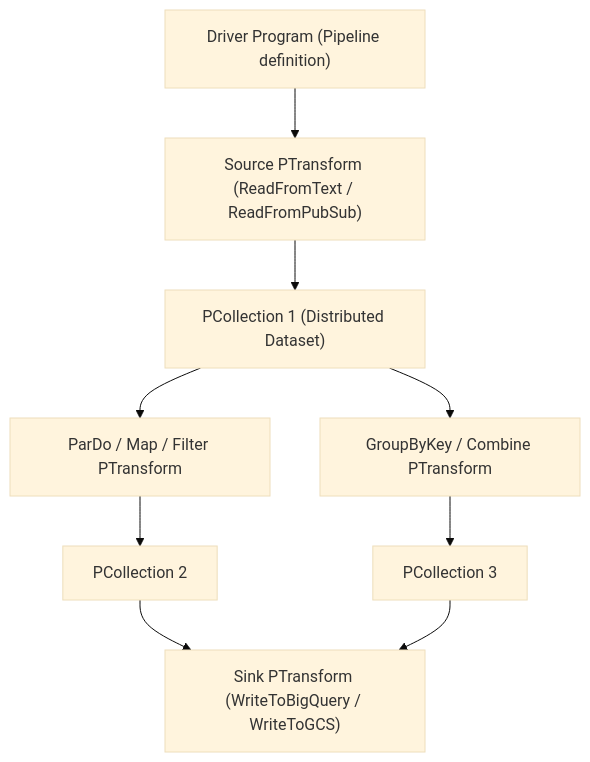
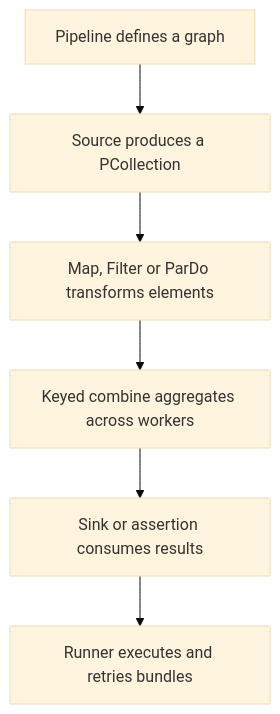
One commit to Rohit1024/data-engineer changed the diagram in docs/lessons/0014-apache-beam-fundamentals.md. Above: the diagram before and after it, drawn with Mermaid (base theme). The commit also changed other lines of this file and 60 other files, not shown here.

````diff
--- a/docs/lessons/0014-apache-beam-fundamentals.md
+++ b/docs/lessons/0014-apache-beam-fundamentals.md
@@ -13,11 +11,8 @@
-``` mermaid
+```mermaid
 flowchart TD
-    Driver["Driver Program (Pipeline definition)"] --> ReadSource["Source PTransform (ReadFromText / ReadFromPubSub)"]
-    ReadSource --> PCol1["PCollection 1 (Distributed Dataset)"]
-    PCol1 --> Transform1["ParDo / Map / Filter PTransform"]
-    PCol1 --> Transform2["GroupByKey / Combine PTransform"]
-    Transform1 --> PCol2["PCollection 2"]
-    Transform2 --> PCol3["PCollection 3"]
-    PCol2 --> WriteSink["Sink PTransform (WriteToBigQuery / WriteToGCS)"]
-    PCol3 --> WriteSink
+    A["Pipeline defines a graph"] --> B["Source produces a PCollection"]
+    B --> C["Map, Filter or ParDo transforms elements"]
+    C --> D["Keyed combine aggregates across workers"]
+    D --> E["Sink or assertion consumes results"]
+    E --> F["Runner executes and retries bundles"]
 ```
````
